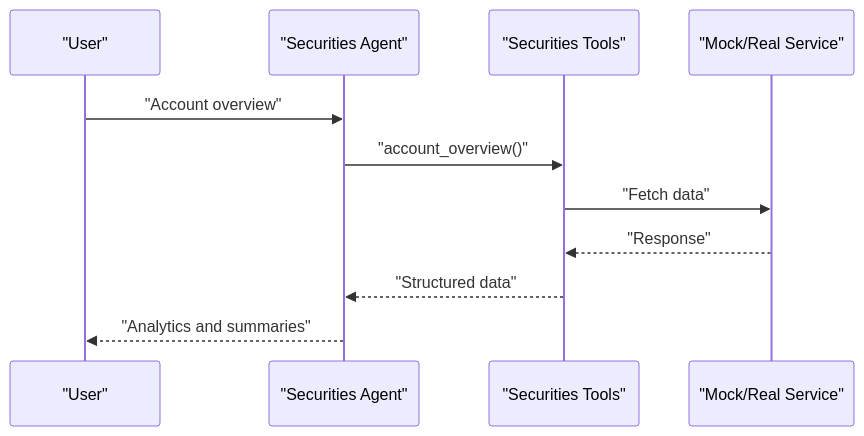
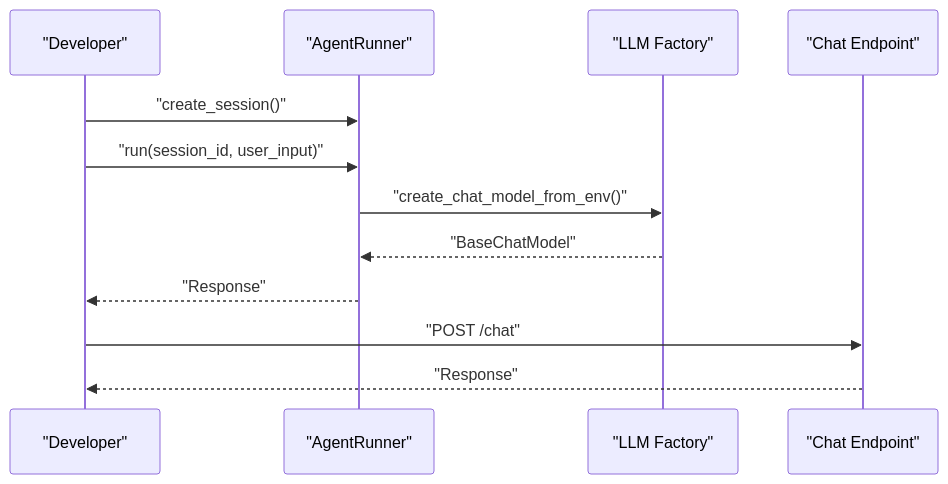
The fourth of 5 diagrams in repowiki/en/content/Getting Started.md (YU-JI-KUI/ark-agentic), drawn with Mermaid before and after one commit. The commit also changed other lines of this file and 116 other files, not shown here.

Commit message:
Refactor README structure and content for clarity; remove outdated CLI and utilities documentation. Introduce new API Reference and CLI Tooling documents to enhance user guidance and project organization.

````diff
--- a/repowiki/en/content/Getting Started.md
+++ b/repowiki/en/content/Getting Started.md
@@ -301,13 +180,14 @@
 ```mermaid
 sequenceDiagram
-participant User as "User"
-participant SecAgent as "Securities Agent"
-participant Tools as "Securities Tools"
-participant Service as "Mock/Real Service"
-User->>SecAgent : "Account overview"
-SecAgent->>Tools : "account_overview()"
-Tools->>Service : "Fetch data"
-Service-->>Tools : "Response"
-Tools-->>SecAgent : "Structured data"
-SecAgent-->>User : "Analytics and summaries"
+participant Dev as "Developer"
+participant Agent as "AgentRunner"
+participant LLM as "LLM Factory"
+participant API as "Chat Endpoint"
+Dev->>Agent : "create_session()"
+Dev->>Agent : "run(session_id, user_input)"
+Agent->>LLM : "create_chat_model_from_env()"
+LLM-->>Agent : "BaseChatModel"
+Agent-->>Dev : "Response"
+Dev->>API : "POST /chat"
+API-->>Dev : "Response"
 ```
````
